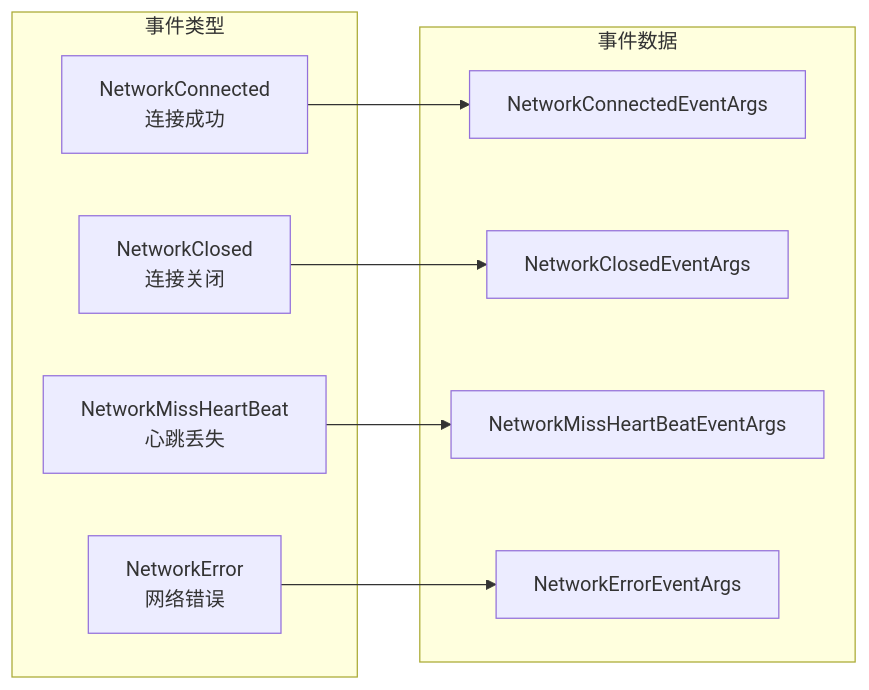
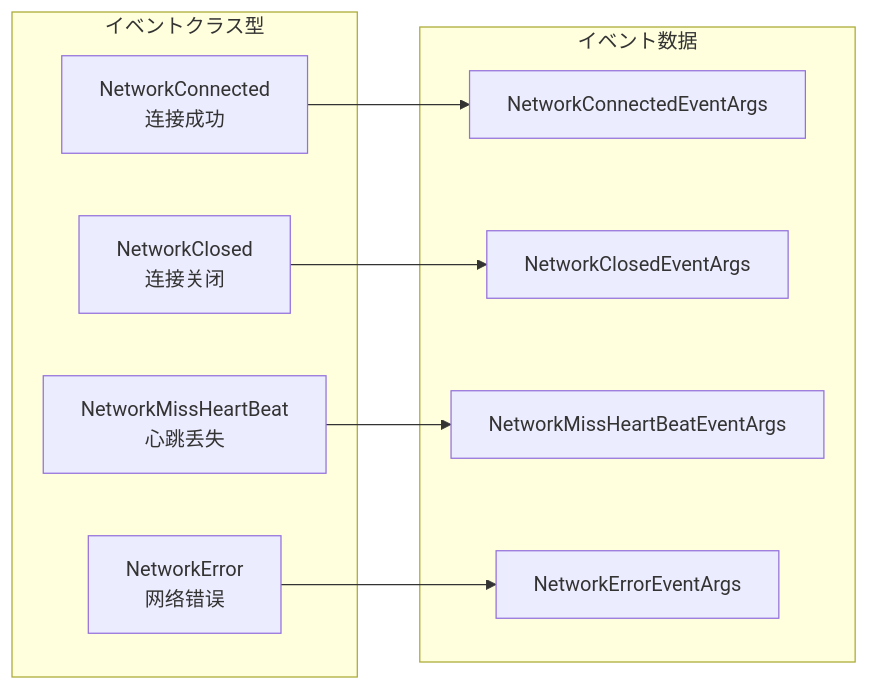
Before and after one commit to AlianBlank/GameFrameX.Docs: the third of 3 diagrams in docs/ja/client/unity/component/network/04.network-manager.md, drawn with Mermaid. The commit also changed other lines of this file and 603 other files, not shown here.

````diff
--- a/docs/ja/client/unity/component/network/04.network-manager.md
+++ b/docs/ja/client/unity/component/network/04.network-manager.md
@@ -204,21 +204,21 @@
 ```mermaid
 flowchart LR
-    subgraph Events["事件类型"]
+    subgraph Events["イベントクラス型"]
         NC[NetworkConnected<br/>连接成功]
         NCC[NetworkClosed<br/>连接关闭]
         NMHB[NetworkMissHeartBeat<br/>心跳丢失]
         NE[NetworkError<br/>网络错误]
     end
     
-    subgraph Data["事件数据"]
+    subgraph Data["イベント数据"]
         E1[NetworkConnectedEventArgs]
         E2[NetworkClosedEventArgs]
         E3[NetworkMissHeartBeatEventArgs]
         E4[NetworkErrorEventArgs]
     end
     
     NC --> E1
     NCC --> E2
     NMHB --> E3
     NE --> E4
 ```
````
